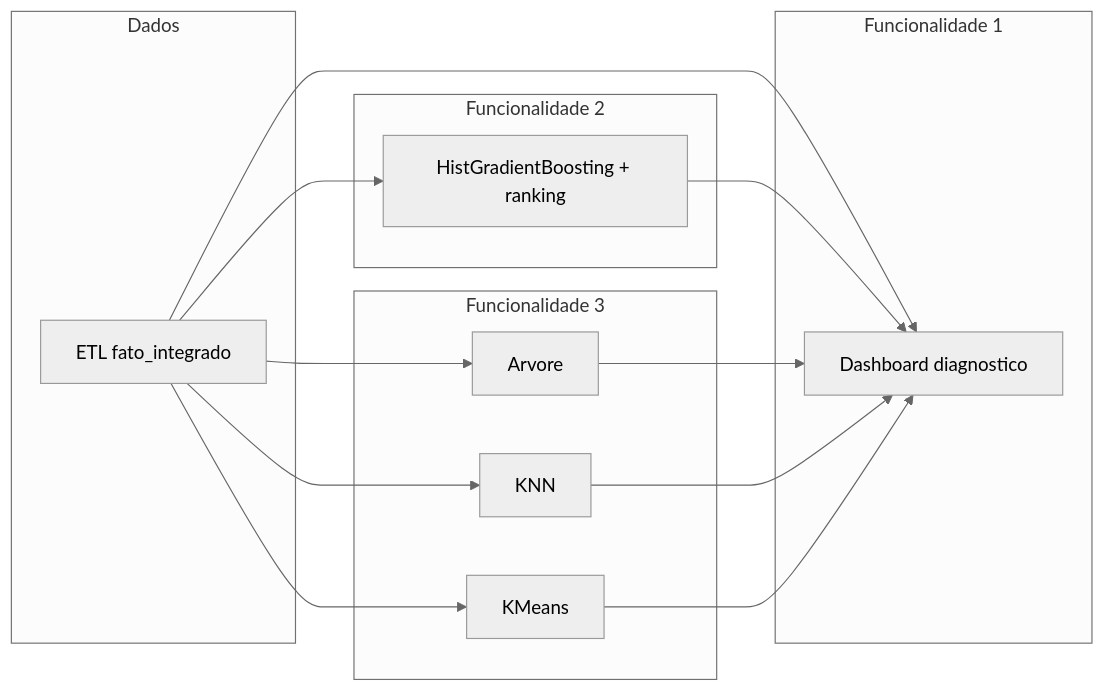
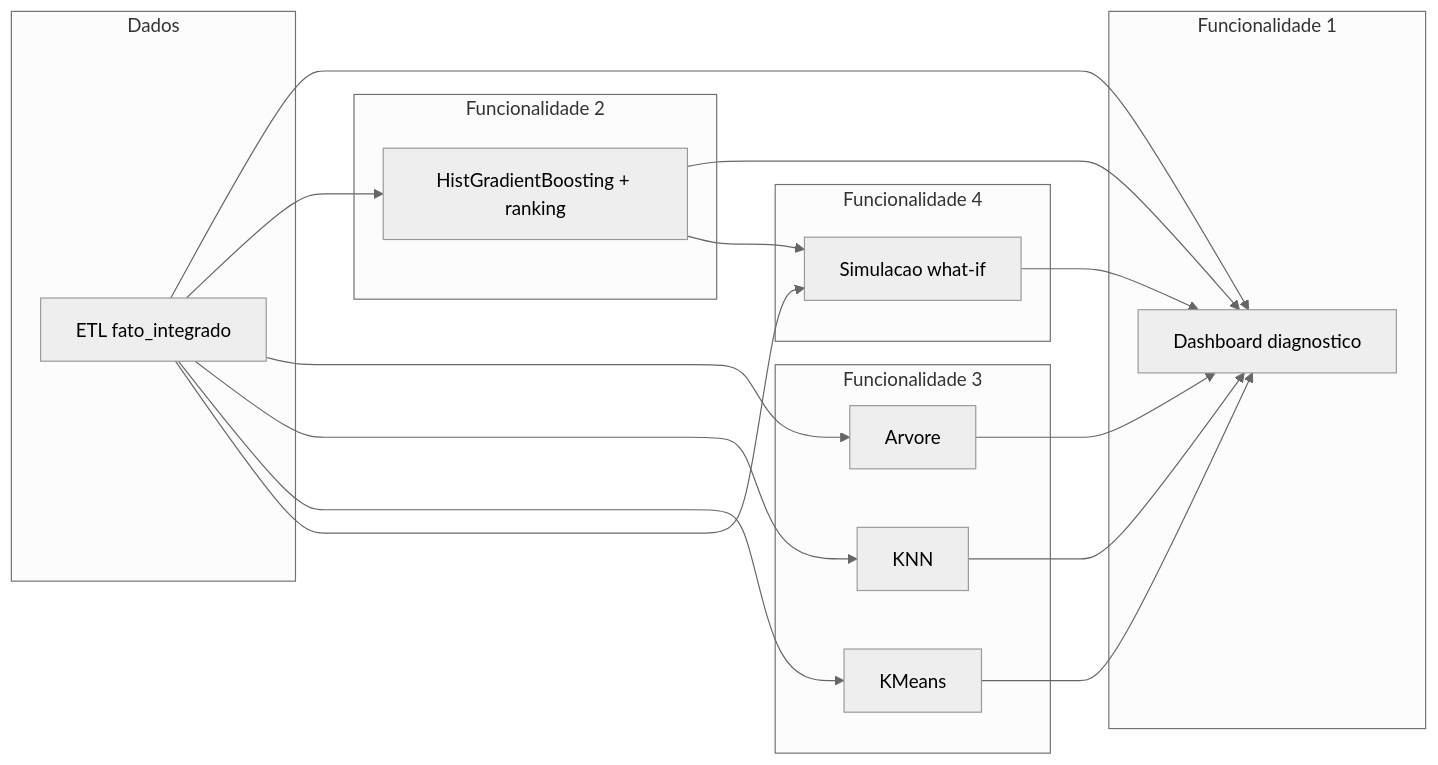
One commit to Henrique-12345/projeto_evasao_escolar changed the diagram in docs/historias_epicas_p6.md. Above: the diagram before and after it, drawn with Mermaid (neutral theme). The commit also changed other lines of this file and 7 other files, not shown here.

````diff
--- a/docs/historias_epicas_p6.md
+++ b/docs/historias_epicas_p6.md
@@ -294,26 +359,32 @@
 ```mermaid
 flowchart LR
   subgraph dados [Dados]
     ETL[ETL fato_integrado]
   end
   subgraph f1 [Funcionalidade 1]
     DASH[Dashboard diagnostico]
   end
   subgraph f2 [Funcionalidade 2]
     HGB[HistGradientBoosting + ranking]
   end
   subgraph f3 [Funcionalidade 3]
     TREE[Arvore]
     KNN_alg[KNN]
     KM[KMeans]
   end
+  subgraph f4 [Funcionalidade 4]
+    SIM[Simulacao what-if]
+  end
   ETL --> DASH
   ETL --> HGB
   ETL --> TREE
   ETL --> KNN_alg
   ETL --> KM
+  ETL --> SIM
   HGB --> DASH
+  HGB --> SIM
   TREE --> DASH
   KNN_alg --> DASH
   KM --> DASH
+  SIM --> DASH
 ```
````
